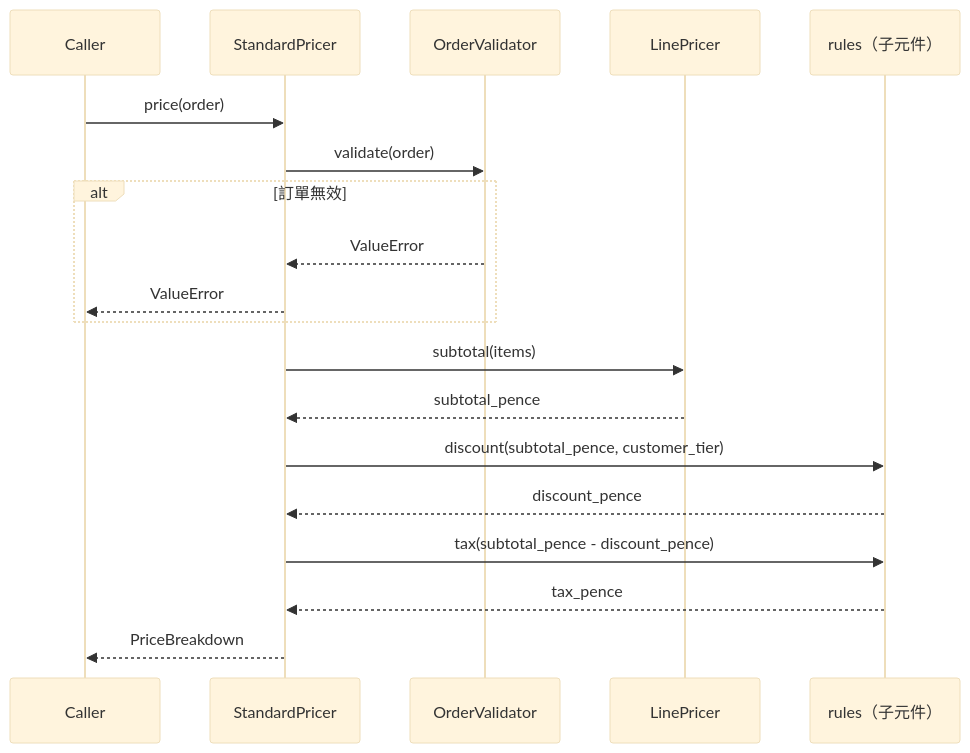
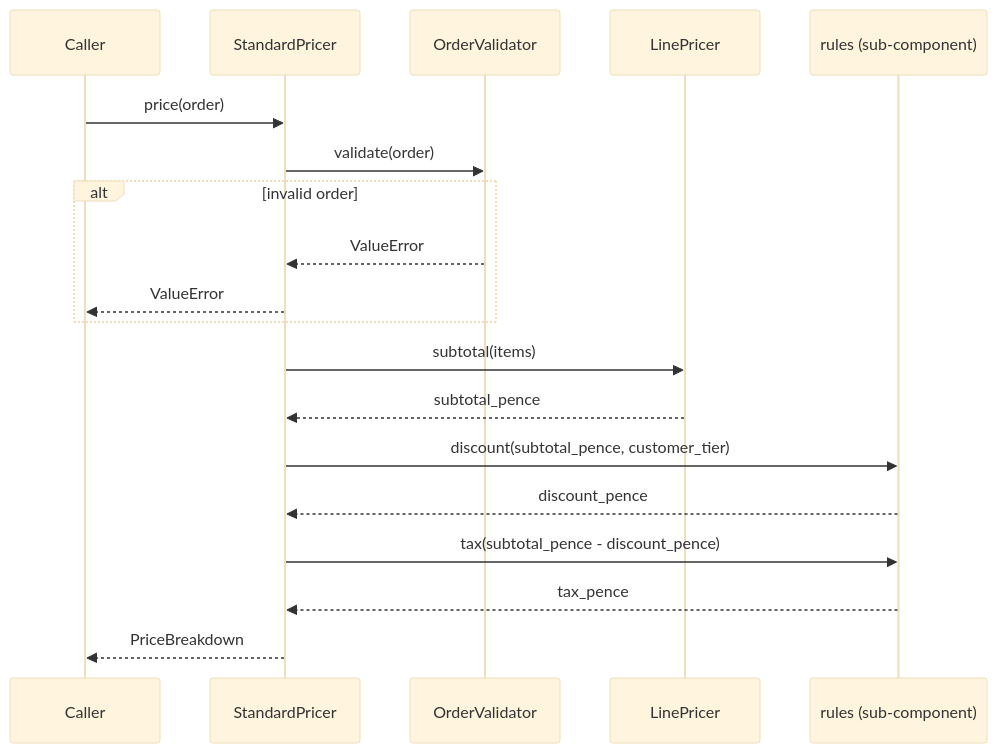
Before and after one commit to IcarusSO/diagram-driven-coding: the second of 2 diagrams in demo/pricing/ARCHITECTURE.md, drawn with Mermaid (base theme). The commit also changed other lines of this file and 12 other files, not shown here.

Commit message:
Skill and demo docs in English; clarify stale-diagram rule, caller search, value classes and trigger

````diff
--- a/demo/pricing/ARCHITECTURE.md
+++ b/demo/pricing/ARCHITECTURE.md
@@ -66,21 +66,21 @@
 ```mermaid
 sequenceDiagram
     participant Caller
     participant StandardPricer
     participant OrderValidator
     participant LinePricer
-    participant rules as rules（子元件）
+    participant rules as rules (sub-component)
     Caller->>StandardPricer: price(order)
     StandardPricer->>OrderValidator: validate(order)
-    alt 訂單無效
+    alt invalid order
         OrderValidator-->>StandardPricer: ValueError
         StandardPricer-->>Caller: ValueError
     end
     StandardPricer->>LinePricer: subtotal(items)
     LinePricer-->>StandardPricer: subtotal_pence
     StandardPricer->>rules: discount(subtotal_pence, customer_tier)
     rules-->>StandardPricer: discount_pence
     StandardPricer->>rules: tax(subtotal_pence - discount_pence)
     rules-->>StandardPricer: tax_pence
     StandardPricer-->>Caller: PriceBreakdown
 ```
````
